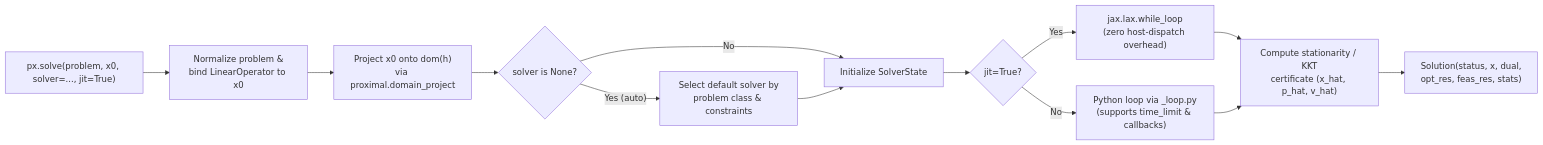
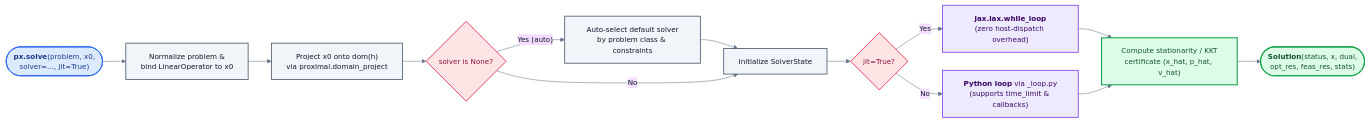
The second of 4 diagrams in docs/appendices/software_architecture.md (wwkong/proxax), drawn with Mermaid before and after one commit. The commit also changed other lines of this file and 1 other file, not shown here.

Commit message:
Style Appendix E Mermaid architecture diagrams and framing

````diff
--- a/docs/appendices/software_architecture.md
+++ b/docs/appendices/software_architecture.md
@@ -68,17 +83,29 @@
 ```{mermaid}
+%%{init: {'theme': 'base', 'flowchart': {'curve': 'basis', 'padding': 14, 'nodeSpacing': 34, 'rankSpacing': 44}, 'themeVariables': {'fontFamily': 'Inter, system-ui, -apple-system, sans-serif', 'fontSize': '13.5px', 'lineColor': '#64748b', 'primaryTextColor': '#0f172a'}}}%%
 flowchart LR
-    IN["px.solve(problem, x0, solver=..., jit=True)"] --> NORM["Normalize problem &<br/>bind LinearOperator to x0"]
-    NORM --> DOM["Project x0 onto dom(h)<br/>via proximal.domain_project"]
-    DOM --> DISP{"solver is None?"}
+    classDef io fill:#dbeafe,stroke:#2563eb,color:#1e3a8a,stroke-width:1.5px
+    classDef step fill:#f1f5f9,stroke:#475569,color:#0f172a,stroke-width:1.5px
+    classDef decision fill:#ffe4e6,stroke:#e11d48,color:#881337,stroke-width:1.5px
+    classDef engine fill:#ede9fe,stroke:#7c3aed,color:#3b0764,stroke-width:1.5px
+    classDef cert fill:#dcfce7,stroke:#16a34a,color:#14532d,stroke-width:2px
 
-    DISP -->|"Yes (auto)"| AUTO["Select default solver by<br/>problem class & constraints"]
-    DISP -->|"No"| EXEC["Initialize SolverState"]
-    AUTO --> EXEC
+    IN(["<b>px.solve</b>(problem, x0,<br/>solver=..., jit=True)"]):::io
+    NORM["Normalize problem &<br/>bind LinearOperator to x0"]:::step
+    DOM["Project x0 onto dom(h)<br/>via proximal.domain_project"]:::step
+    DISP{"solver is None?"}:::decision
+    AUTO["Auto-select default solver<br/>by problem class & constraints"]:::step
+    EXEC["Initialize SolverState"]:::step
+    JIT{"jit=True?"}:::decision
+    XLA["<b>jax.lax.while_loop</b><br/>(zero host-dispatch overhead)"]:::engine
+    PY["<b>Python loop</b> via _loop.py<br/>(supports time_limit & callbacks)"]:::engine
+    CERT["Compute stationarity / KKT<br/>certificate (x_hat, p_hat, v_hat)"]:::cert
+    OUT(["<b>Solution</b>(status, x, dual,<br/>opt_res, feas_res, stats)"]):::cert
 
-    EXEC --> JIT{"jit=True?"}
-    JIT -->|"Yes"| XLA["jax.lax.while_loop<br/>(zero host-dispatch overhead)"]
-    JIT -->|"No"| PY["Python loop via _loop.py<br/>(supports time_limit & callbacks)"]
-
-    XLA & PY --> CERT["Compute stationarity / KKT<br/>certificate (x_hat, p_hat, v_hat)"]
-    CERT --> OUT["Solution(status, x, dual,<br/>opt_res, feas_res, stats)"]
+    IN --> NORM --> DOM --> DISP
+    DISP -->|"Yes (auto)"| AUTO --> EXEC
+    DISP -->|"No"| EXEC
+    EXEC --> JIT
+    JIT -->|"Yes"| XLA --> CERT
+    JIT -->|"No"| PY --> CERT
+    CERT --> OUT
 ```
````
